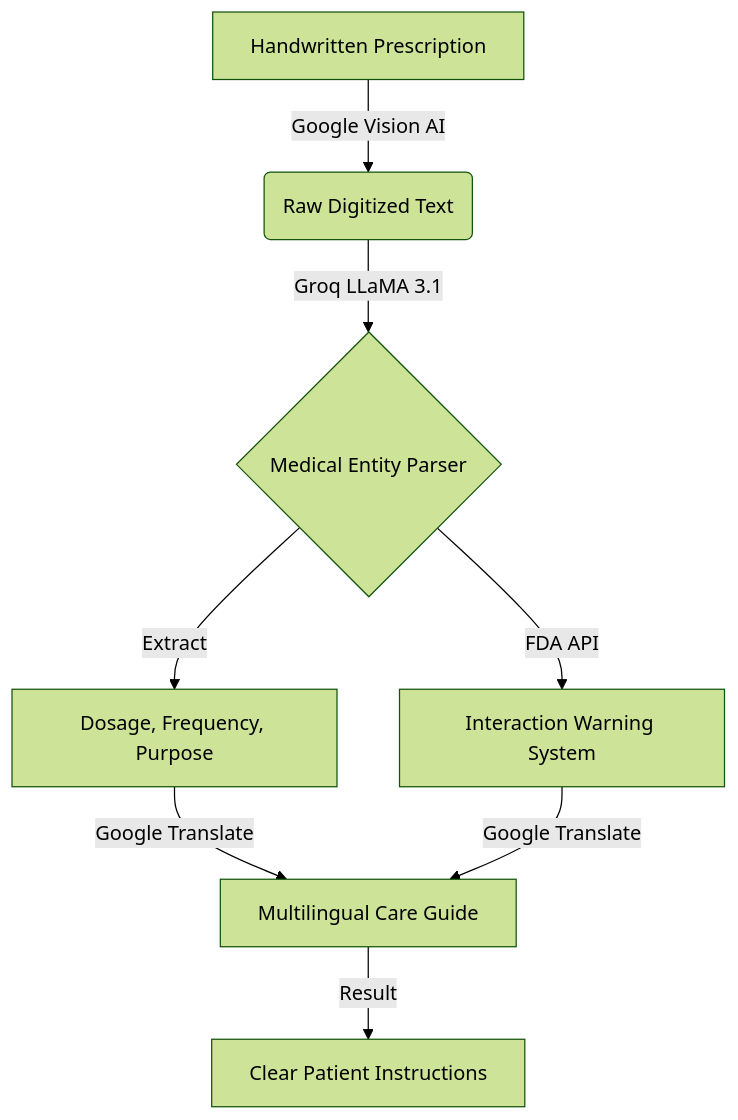
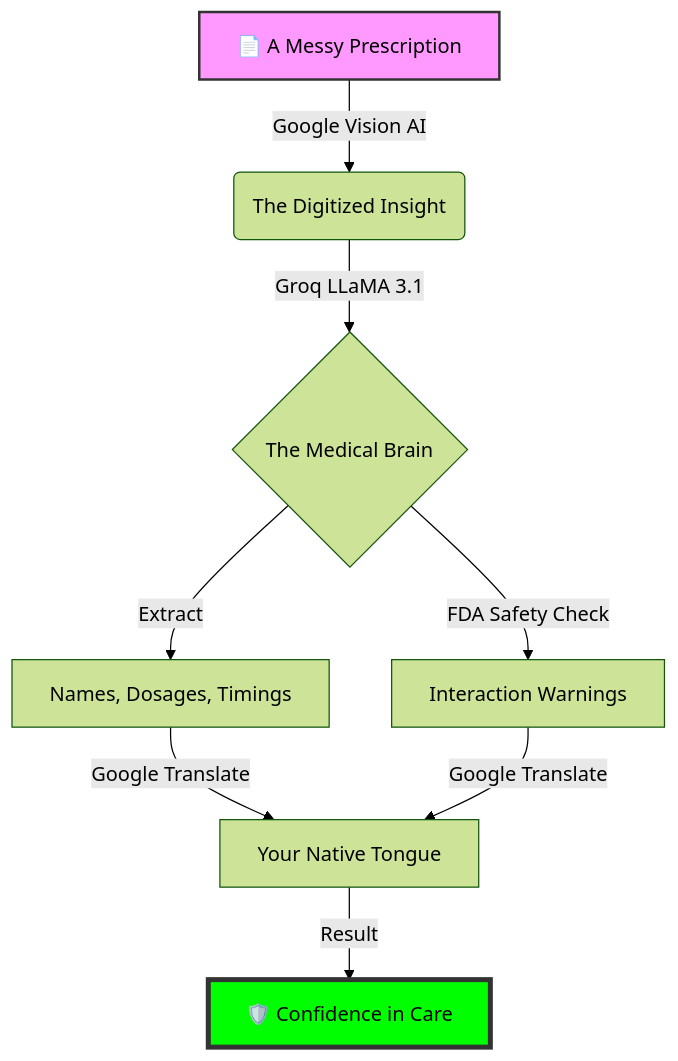
One commit to MSAbhishek22/MedBridge changed the diagram in README.md. Above: the diagram before and after it, drawn with Mermaid (forest theme). The commit also changed other lines of this file and 3 other files, not shown here.

````diff
--- a/README.md
+++ b/README.md
@@ -33,9 +24,12 @@
 ```mermaid
 graph TD
-    A[Handwritten Prescription] -->|Google Vision AI| B(Raw Digitized Text)
-    B -->|Groq LLaMA 3.1| C{Medical Entity Parser}
-    C -->|Extract| D[Dosage, Frequency, Purpose]
-    C -->|FDA API| E[Interaction Warning System]
-    D & E -->|Google Translate| F[Multilingual Care Guide]
-    F -->|Result| G[Clear Patient Instructions]
+    A[📄 A Messy Prescription] -->|Google Vision AI| B(The Digitized Insight)
+    B -->|Groq LLaMA 3.1| C{The Medical Brain}
+    C -->|Extract| D[Names, Dosages, Timings]
+    C -->|FDA Safety Check| E[Interaction Warnings]
+    D & E -->|Google Translate| F[Your Native Tongue]
+    F -->|Result| G[🛡️ Confidence in Care]
+    
+    style A fill:#f9f,stroke:#333,stroke-width:2px
+    style G fill:#00ff00,stroke:#333,stroke-width:4px
 ```
````
